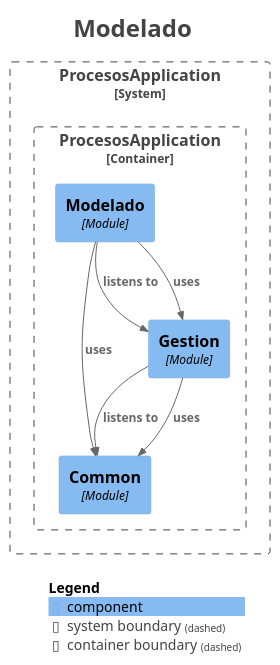
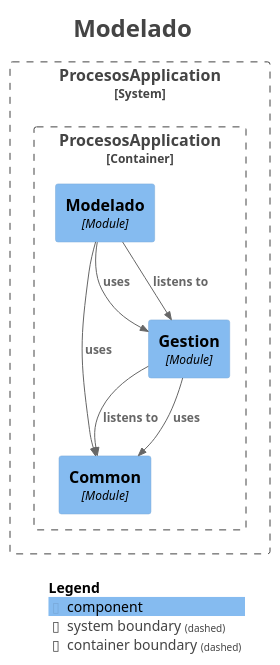
The diagram in docs/modules/module-modelado.puml (AndresContreras1/bpmn-process-manager-api), drawn with PlantUML before and after one commit. The commit also changed other lines of this file and 10 other files, not shown here.

```diff
--- a/docs/modules/module-modelado.puml
+++ b/docs/modules/module-modelado.puml
@@ -1,35 +1,35 @@
 @startuml
 title <size:24>Modelado</size>
 
 set separator none
 top to bottom direction
 
 <style>
   root {
     BackgroundColor: #ffffff
     FontColor: #444444
   }
 </style>
 
 !include <C4/C4>
 !include <C4/C4_Context>
 !include <C4/C4_Component>
 
 System_Boundary("ProcesosApplication_boundary", "ProcesosApplication", $tags="") {
   Container_Boundary("ProcesosApplication.ProcesosApplication_boundary", "ProcesosApplication", $tags="") {
     Component(ProcesosApplication.ProcesosApplication.Common, "Common", $techn="Module", $descr="", $tags="", $link="")
     Component(ProcesosApplication.ProcesosApplication.Gestion, "Gestion", $techn="Module", $descr="", $tags="", $link="")
     Component(ProcesosApplication.ProcesosApplication.Modelado, "Modelado", $techn="Module", $descr="", $tags="", $link="")
   }
 
 }
 
-Rel(ProcesosApplication.ProcesosApplication.Modelado, ProcesosApplication.ProcesosApplication.Gestion, "listens to", $techn="", $tags="", $link="")
 Rel(ProcesosApplication.ProcesosApplication.Modelado, ProcesosApplication.ProcesosApplication.Gestion, "uses", $techn="", $tags="", $link="")
 Rel(ProcesosApplication.ProcesosApplication.Modelado, ProcesosApplication.ProcesosApplication.Common, "uses", $techn="", $tags="", $link="")
 Rel(ProcesosApplication.ProcesosApplication.Gestion, ProcesosApplication.ProcesosApplication.Common, "listens to", $techn="", $tags="", $link="")
 Rel(ProcesosApplication.ProcesosApplication.Gestion, ProcesosApplication.ProcesosApplication.Common, "uses", $techn="", $tags="", $link="")
+Rel(ProcesosApplication.ProcesosApplication.Modelado, ProcesosApplication.ProcesosApplication.Gestion, "listens to", $techn="", $tags="", $link="")
 
 SHOW_LEGEND(true)
 hide stereotypes
 @enduml
```
